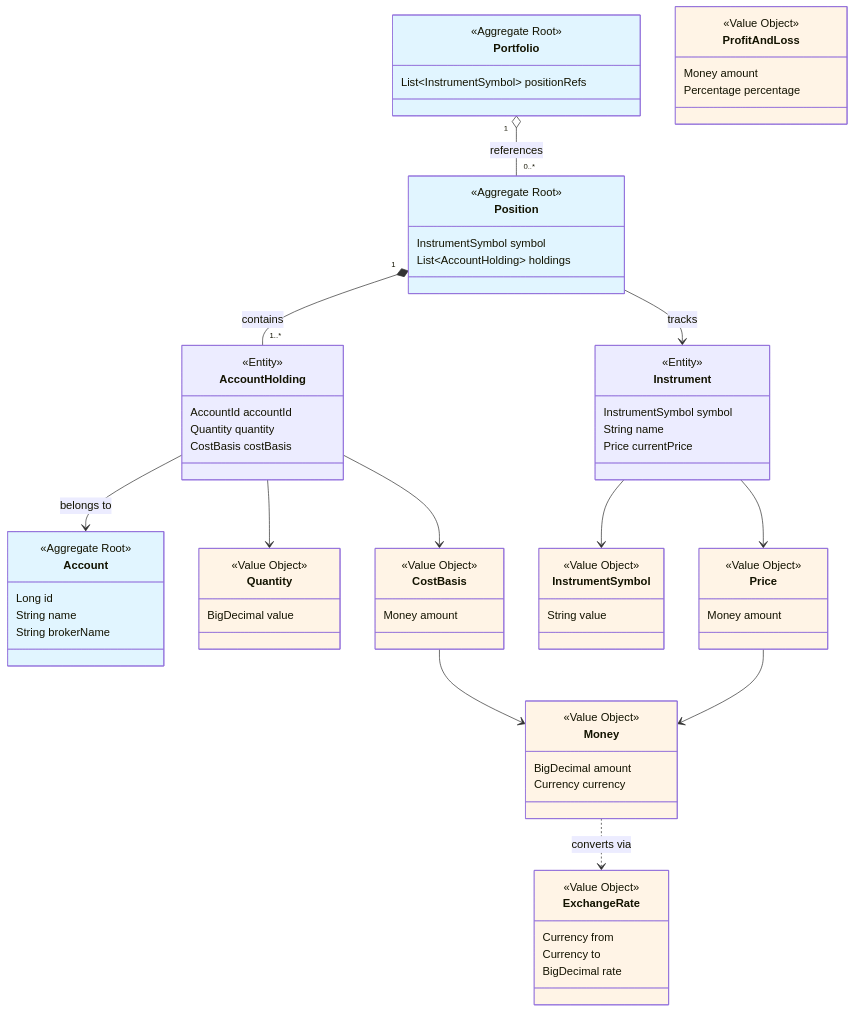
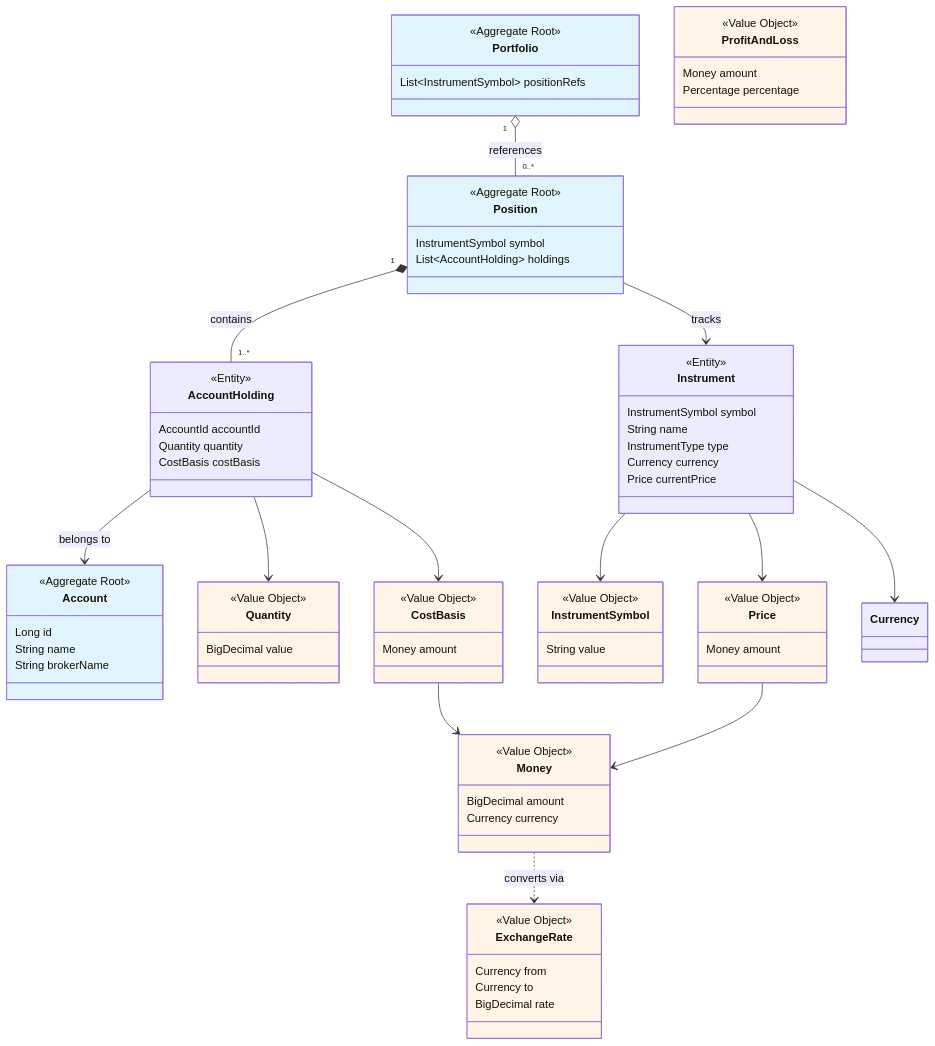
Before and after one commit to rzodkiewiczmichal/investments-tracker: the diagram in docs/diagrams/domain-model.md, drawn with Mermaid. The commit also changed 22 other files, not shown here.

First line of the commit message:
feat: Add native currency to Instrument domain model with position entry support

```diff
--- a/docs/diagrams/domain-model.md
+++ b/docs/diagrams/domain-model.md
@@ -27,6 +27,8 @@
         <<Entity>>
         InstrumentSymbol symbol
         String name
+        InstrumentType type
+        Currency currency
         Price currentPrice
     }
 
@@ -87,6 +89,7 @@
     AccountHolding --> CostBasis
     Instrument --> InstrumentSymbol
     Instrument --> Price
+    Instrument --> Currency
 
     Price --> Money
     CostBasis --> Money
```
